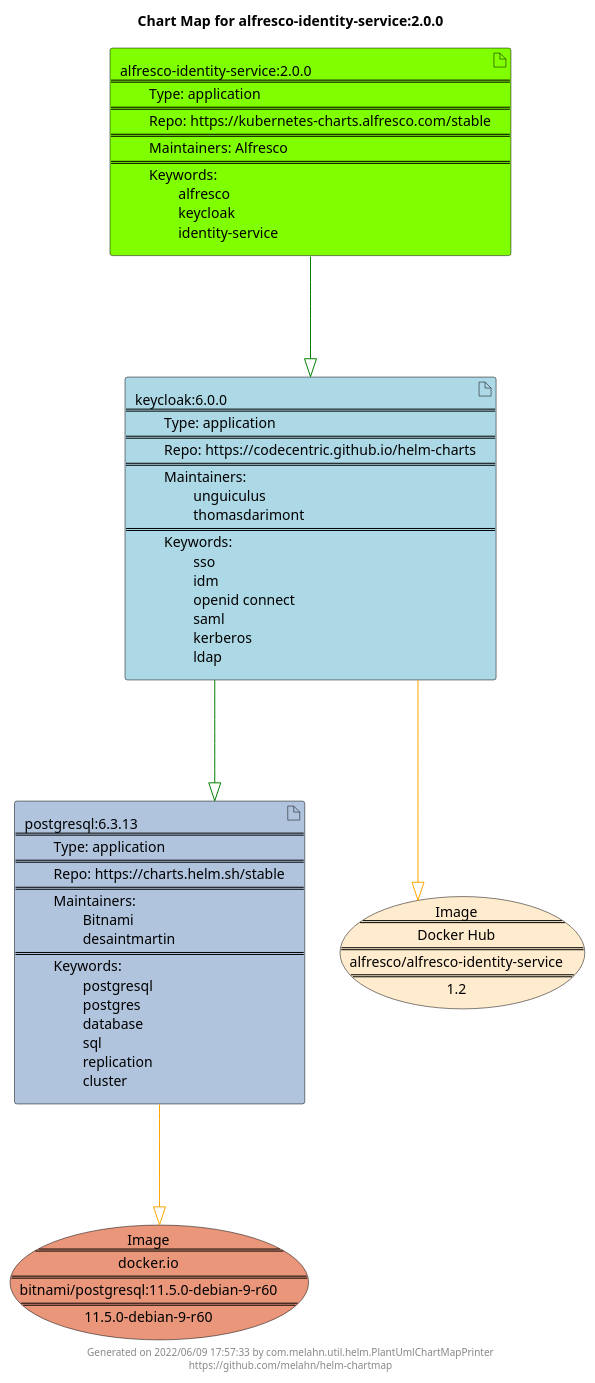
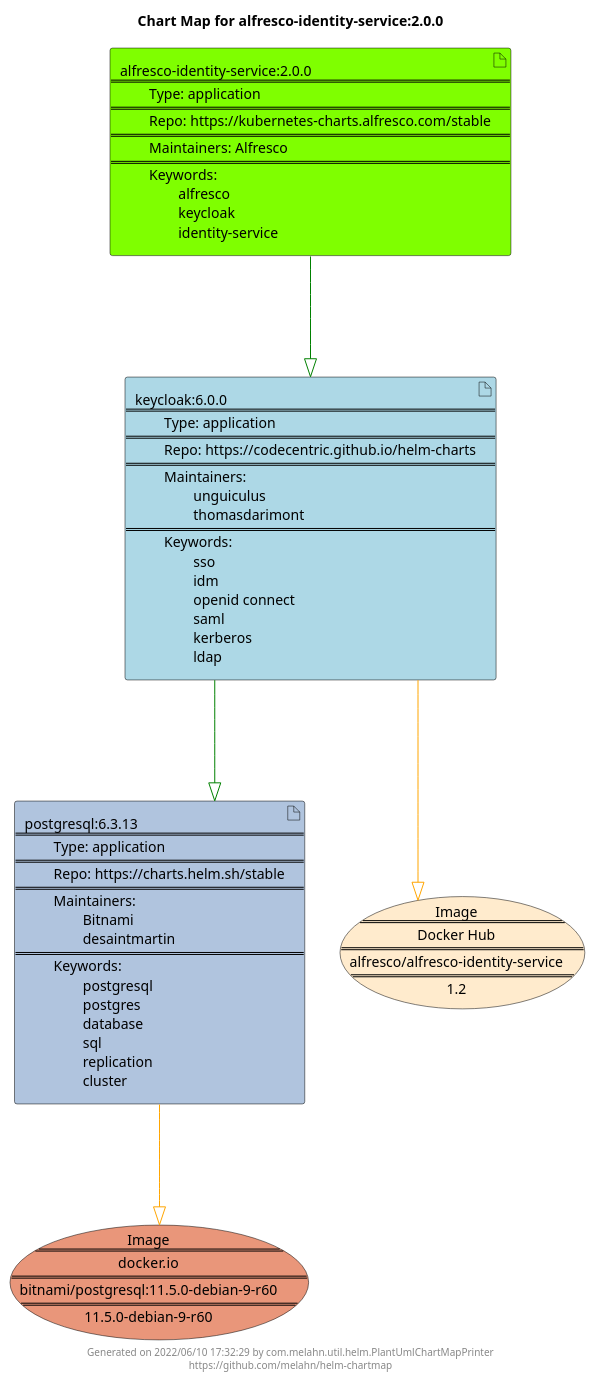
The diagram in docs/alfresco-identity-service/alfresco-identity-service-2.0.0.puml (melahn/helm-chartmap), drawn with PlantUML before and after one commit. The commit also changed 58 other files, not shown here.

Commit message:
Update Example Chart Maps as part of GitHub build

```diff
--- a/docs/alfresco-identity-service/alfresco-identity-service-2.0.0.puml
+++ b/docs/alfresco-identity-service/alfresco-identity-service-2.0.0.puml
@@ -1,27 +1,27 @@
 @startuml
 skinparam linetype ortho
 skinparam backgroundColor white
 skinparam usecaseBorderColor black
 skinparam usecaseArrowColor LightSlateGray
 skinparam artifactBorderColor black
 skinparam artifactArrowColor LightSlateGray
 
 title Chart Map for alfresco-identity-service:2.0.0
 
 'There are 3 referenced Helm Charts
 artifact "postgresql:6.3.13\n====\n\tType: application\n====\n\tRepo: https://charts.helm.sh/stable\n====\n\tMaintainers: \n\t\tBitnami\n\t\tdesaintmartin\n====\n\tKeywords: \n\t\tpostgresql\n\t\tpostgres\n\t\tdatabase\n\t\tsql\n\t\treplication\n\t\tcluster" as postgresql_6_3_13 #LightSteelBlue
 artifact "keycloak:6.0.0\n====\n\tType: application\n====\n\tRepo: https://codecentric.github.io/helm-charts\n====\n\tMaintainers: \n\t\tunguiculus\n\t\tthomasdarimont\n====\n\tKeywords: \n\t\tsso\n\t\tidm\n\t\topenid connect\n\t\tsaml\n\t\tkerberos\n\t\tldap" as keycloak_6_0_0 #LightBlue
 artifact "alfresco-identity-service:2.0.0\n====\n\tType: application\n====\n\tRepo: https://kubernetes-charts.alfresco.com/stable\n====\n\tMaintainers: Alfresco\n====\n\tKeywords: \n\t\talfresco\n\t\tkeycloak\n\t\tidentity-service" as alfresco_identity_service_2_0_0 #Chartreuse
 
 'There are 2 referenced Docker Images
 usecase "Image\n====\ndocker.io\n====\nbitnami/postgresql:11.5.0-debian-9-r60\n====\n11.5.0-debian-9-r60" as docker_io_bitnami_postgresql_11_5_0_debian_9_r60 #DarkSalmon
 usecase "Image\n====\nDocker Hub\n====\nalfresco/alfresco-identity-service\n====\n1.2" as alfresco_alfresco_identity_service_1_2 #BlanchedAlmond
 
 'Chart Dependencies
 alfresco_identity_service_2_0_0--[#green]-|>keycloak_6_0_0
 keycloak_6_0_0--[#green]-|>postgresql_6_3_13
 postgresql_6_3_13--[#orange]-|>docker_io_bitnami_postgresql_11_5_0_debian_9_r60
 keycloak_6_0_0--[#orange]-|>alfresco_alfresco_identity_service_1_2
 
-center footer Generated on 2022/06/09 17:57:33 by com.melahn.util.helm.PlantUmlChartMapPrinter\nhttps://github.com/melahn/helm-chartmap
+center footer Generated on 2022/06/10 17:32:29 by com.melahn.util.helm.PlantUmlChartMapPrinter\nhttps://github.com/melahn/helm-chartmap
 @enduml
```
